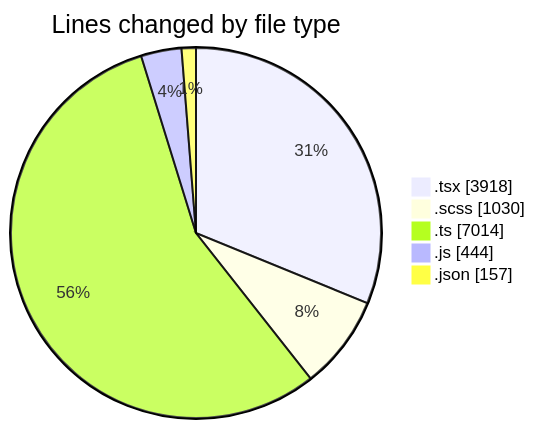
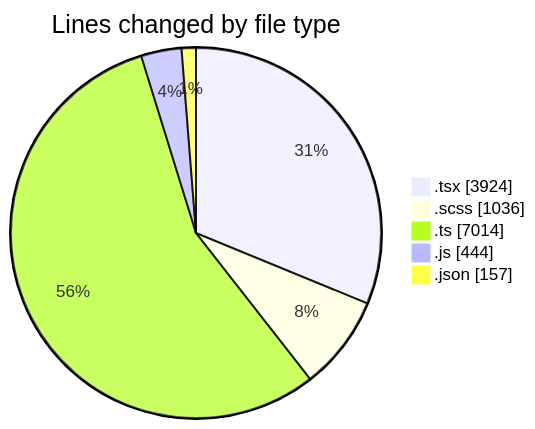
One commit to momahboobian/code-tracking changed the first of 2 diagrams in 2026-04-23/cda/README.md. Above: the diagram before and after it, drawn with Mermaid. The commit also changed other lines of this file and 1 other file, not shown here.

````diff
--- a/2026-04-23/cda/README.md
+++ b/2026-04-23/cda/README.md
@@ -43,9 +43,9 @@
 ```mermaid
 pie showData
 title Lines changed by file type
-".tsx" : 3918
-".scss" : 1030
+".tsx" : 3924
+".scss" : 1036
 ".ts" : 7014
 ".js" : 444
 ".json" : 157
 ```
````
